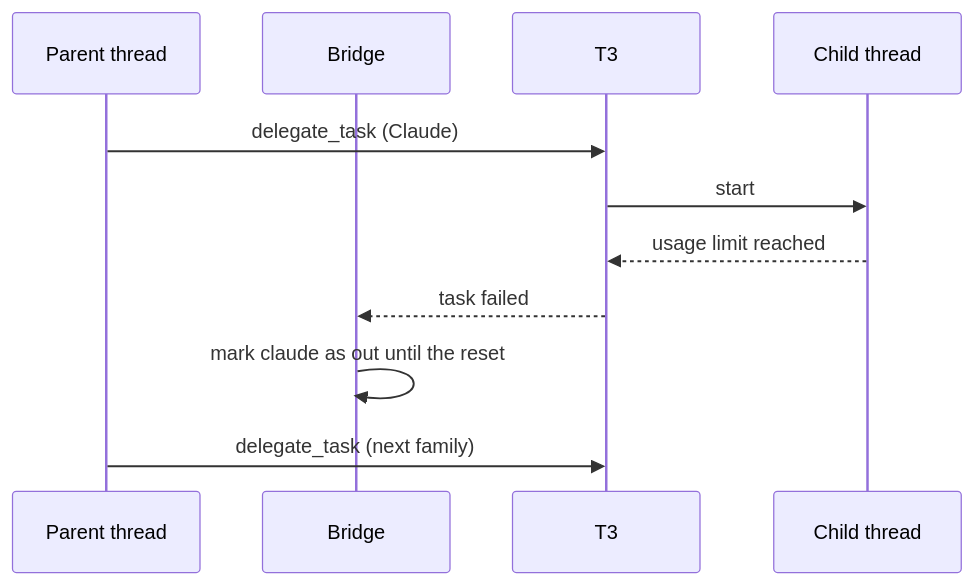
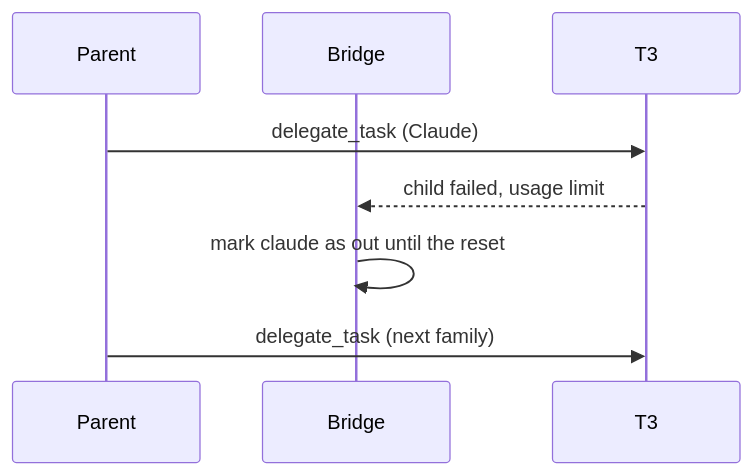
The fifth of 5 diagrams in README.md (Snestra/pi-t3-bridge), drawn with Mermaid before and after one commit. The commit also changed other lines of this file, not shown here.

Commit message:
Rewrite README around features, with diagrams for workflows and goals

````diff
--- a/README.md
+++ b/README.md
@@ -207,13 +249,10 @@
 ```mermaid
 sequenceDiagram
-    participant Parent as Parent thread
+    participant Parent
     participant Bridge
     participant T3
-    participant Child as Child thread
     Parent->>T3: delegate_task (Claude)
-    T3->>Child: start
-    Child-->>T3: usage limit reached
-    T3-->>Bridge: task failed
+    T3-->>Bridge: child failed, usage limit
     Bridge->>Bridge: mark claude as out until the reset
     Parent->>T3: delegate_task (next family)
 ```
````
